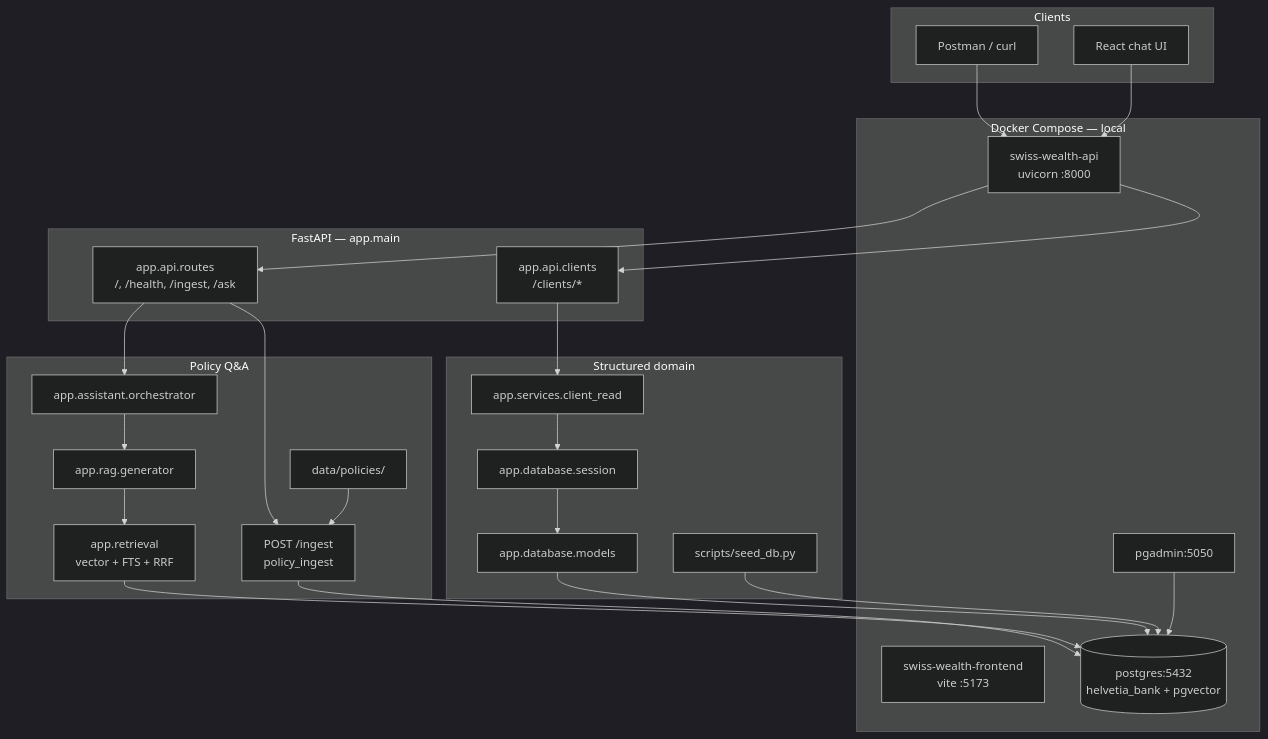
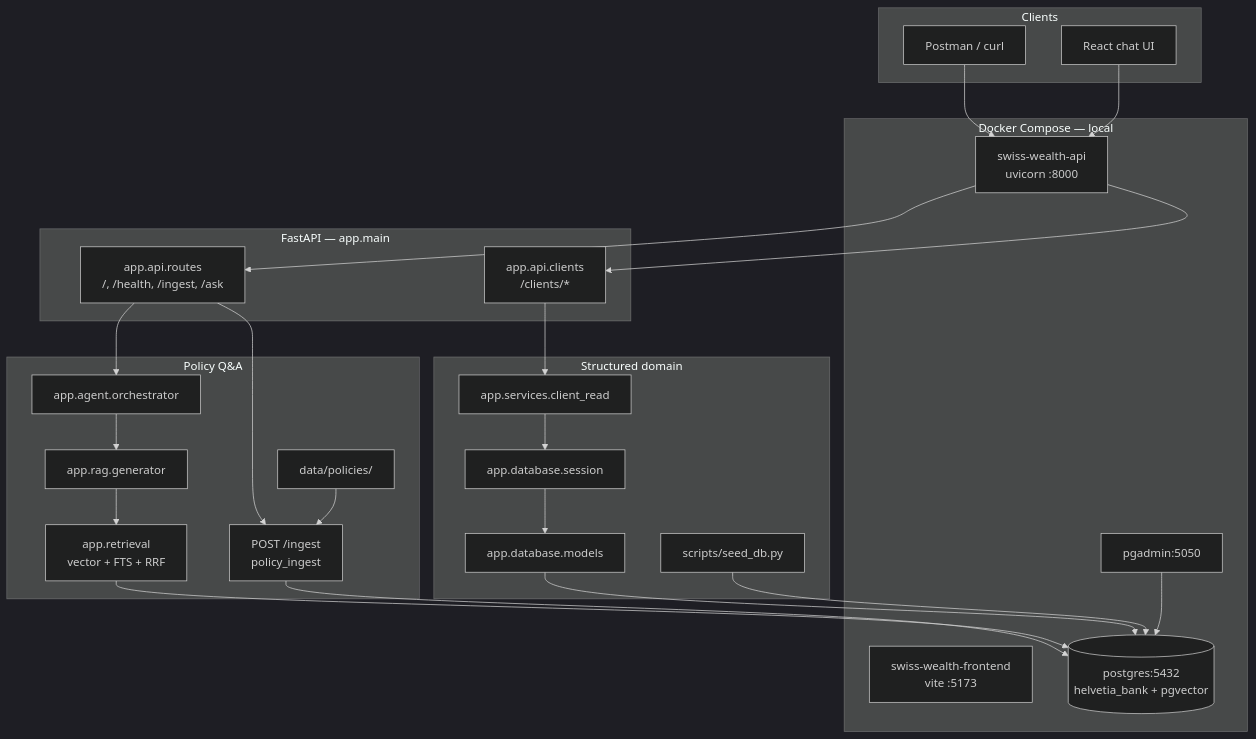
One commit to Mortiniera/swiss-wealth-rag-assistant changed the diagram in docs/architecture/system.md. Above: the diagram before and after it, drawn with Mermaid (dark theme). The commit also changed other lines of this file and 10 other files, not shown here.

First line of the commit message:
refactor(agent): rename assistant package to agent

````diff
--- a/docs/architecture/system.md
+++ b/docs/architecture/system.md
@@ -14,55 +14,55 @@
 ```mermaid
 flowchart TB
   subgraph clients [Clients]
     Postman[Postman / curl]
     UI[React chat UI]
   end
 
   subgraph compose [Docker Compose — local]
     API[swiss-wealth-api<br/>uvicorn :8000]
     FE[swiss-wealth-frontend<br/>vite :5173]
     PG[(postgres:5432<br/>helvetia_bank + pgvector)]
     PgAdmin[pgadmin:5050]
   end
 
   subgraph api_app [FastAPI — app.main]
     CoreRouter[app.api.routes<br/>/, /health, /ingest, /ask]
     ClientsRouter[app.api.clients<br/>/clients/*]
   end
 
   subgraph ask_path [Policy Q&A]
-    Orchestrator[app.assistant.orchestrator]
+    Orchestrator[app.agent.orchestrator]
     Generator[app.rag.generator]
     Hybrid[app.retrieval<br/>vector + FTS + RRF]
     Policies[data/policies/]
     PolicyIngest[POST /ingest<br/>policy_ingest]
   end
 
   subgraph domain [Structured domain]
     ClientRead[app.services.client_read]
     Session[app.database.session]
     Models[app.database.models]
     Seed[scripts/seed_db.py]
   end
 
   Postman --> API
   UI --> API
   API --> CoreRouter
   API --> ClientsRouter
 
   CoreRouter --> Orchestrator
   Orchestrator --> Generator
   Generator --> Hybrid
   Hybrid --> PG
   CoreRouter --> PolicyIngest
   Policies --> PolicyIngest
   PolicyIngest --> PG
 
   ClientsRouter --> ClientRead
   ClientRead --> Session
   Session --> Models
   Models --> PG
 
   Seed --> PG
   PgAdmin --> PG
 ```
````
